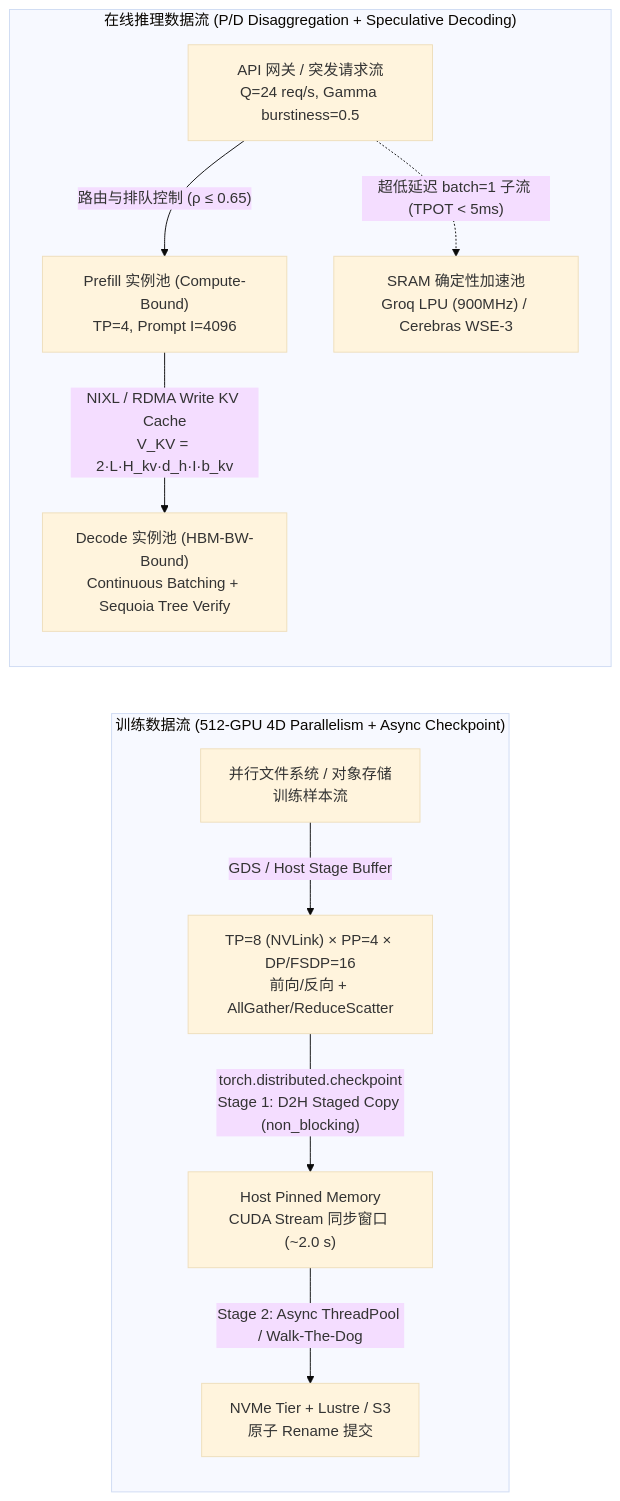
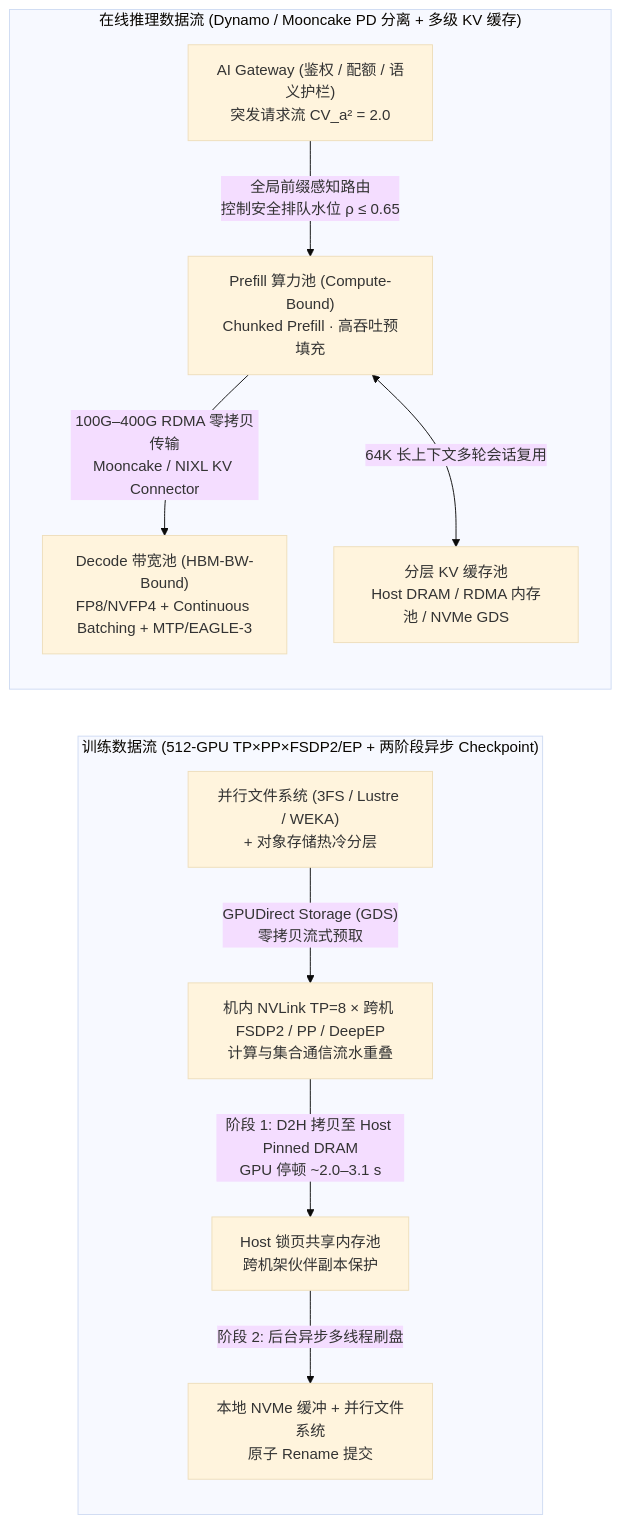
One commit to turbo998/ai-infra-research changed the first of 3 diagrams in docs/architectures/end-to-end-ai-infra-case.md. Above: the diagram before and after it, drawn with Mermaid (base theme). The commit also changed other lines of this file and 6333 other files, not shown here.

````diff
--- a/docs/architectures/end-to-end-ai-infra-case.md
+++ b/docs/architectures/end-to-end-ai-infra-case.md
@@ -29,14 +26,14 @@
 ```mermaid
 flowchart LR
-    subgraph TrainPath["训练数据流 (512-GPU 4D Parallelism + Async Checkpoint)"]
-        DS["并行文件系统 / 对象存储<br/>训练样本流"] -->|"GDS / Host Stage Buffer"| FSDP["TP=8 (NVLink) × PP=4 × DP/FSDP=16<br/>前向/反向 + AllGather/ReduceScatter"]
-        FSDP -->|"torch.distributed.checkpoint<br/>Stage 1: D2H Staged Copy (non_blocking)"| Pinned["Host Pinned Memory<br/>CUDA Stream 同步窗口 (~2.0 s)"]
-        Pinned -->|"Stage 2: Async ThreadPool / Walk-The-Dog"| Lustre["NVMe Tier + Lustre / S3<br/>原子 Rename 提交"]
+    subgraph TrainPath["训练数据流 (512-GPU TP×PP×FSDP2/EP + 两阶段异步 Checkpoint)"]
+        DS["并行文件系统 (3FS / Lustre / WEKA)<br/>+ 对象存储热冷分层"] -->|"GPUDirect Storage (GDS)<br/>零拷贝流式预取"| TrainPool["机内 NVLink TP=8 × 跨机 FSDP2 / PP / DeepEP<br/>计算与集合通信流水重叠"]
+        TrainPool -->|"阶段 1: D2H 拷贝至 Host Pinned DRAM<br/>GPU 停顿 ~2.0–3.1 s"| Pinned["Host 锁页共享内存池<br/>跨机架伙伴副本保护"]
+        Pinned -->|"阶段 2: 后台异步多线程刷盘"| NVMeFS["本地 NVMe 缓冲 + 并行文件系统<br/>原子 Rename 提交"]
     end
 
-    subgraph InferPath["在线推理数据流 (P/D Disaggregation + Speculative Decoding)"]
-        Client["API 网关 / 突发请求流<br/>Q=24 req/s, Gamma burstiness=0.5"] -->|"路由与排队控制 (ρ ≤ 0.65)"| Prefill["Prefill 实例池 (Compute-Bound)<br/>TP=4, Prompt I=4096"]
-        Prefill -->|"NIXL / RDMA Write KV Cache<br/>V_KV = 2·L·H_kv·d_h·I·b_kv"| Decode["Decode 实例池 (HBM-BW-Bound)<br/>Continuous Batching + Sequoia Tree Verify"]
-        Client -.->|"超低延迟 batch=1 子流 (TPOT < 5ms)"| Innovator["SRAM 确定性加速池<br/>Groq LPU (900MHz) / Cerebras WSE-3"]
+    subgraph InferPath["在线推理数据流 (Dynamo / Mooncake PD 分离 + 多级 KV 缓存)"]
+        Client["AI Gateway (鉴权 / 配额 / 语义护栏)<br/>突发请求流 CV_a² = 2.0"] -->|"全局前缀感知路由<br/>控制安全排队水位 ρ ≤ 0.65"| Prefill["Prefill 算力池 (Compute-Bound)<br/>Chunked Prefill · 高吞吐预填充"]
+        Prefill -->|"100G–400G RDMA 零拷贝传输<br/>Mooncake / NIXL KV Connector"| Decode["Decode 带宽池 (HBM-BW-Bound)<br/>FP8/NVFP4 + Continuous Batching + MTP/EAGLE-3"]
+        Prefill <-->|"64K 长上下文多轮会话复用"| KVPool["分层 KV 缓存池<br/>Host DRAM / RDMA 内存池 / NVMe GDS"]
     end
 ```
````
